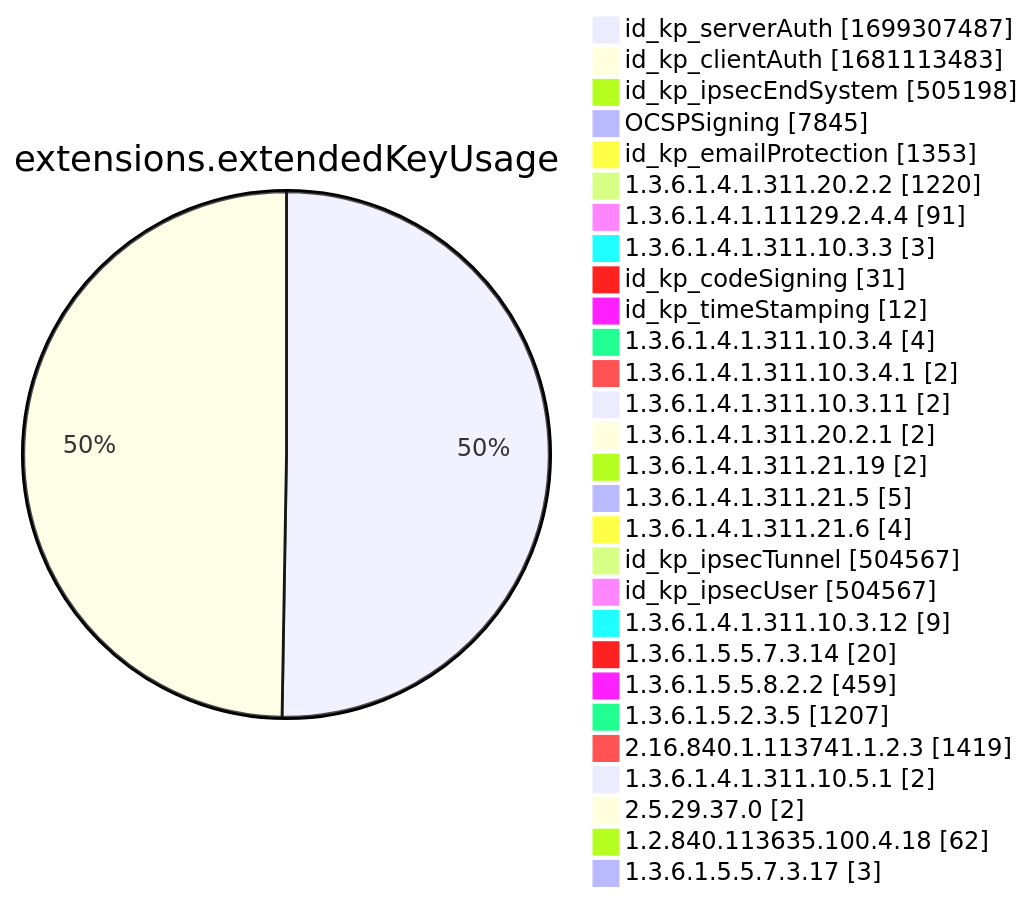
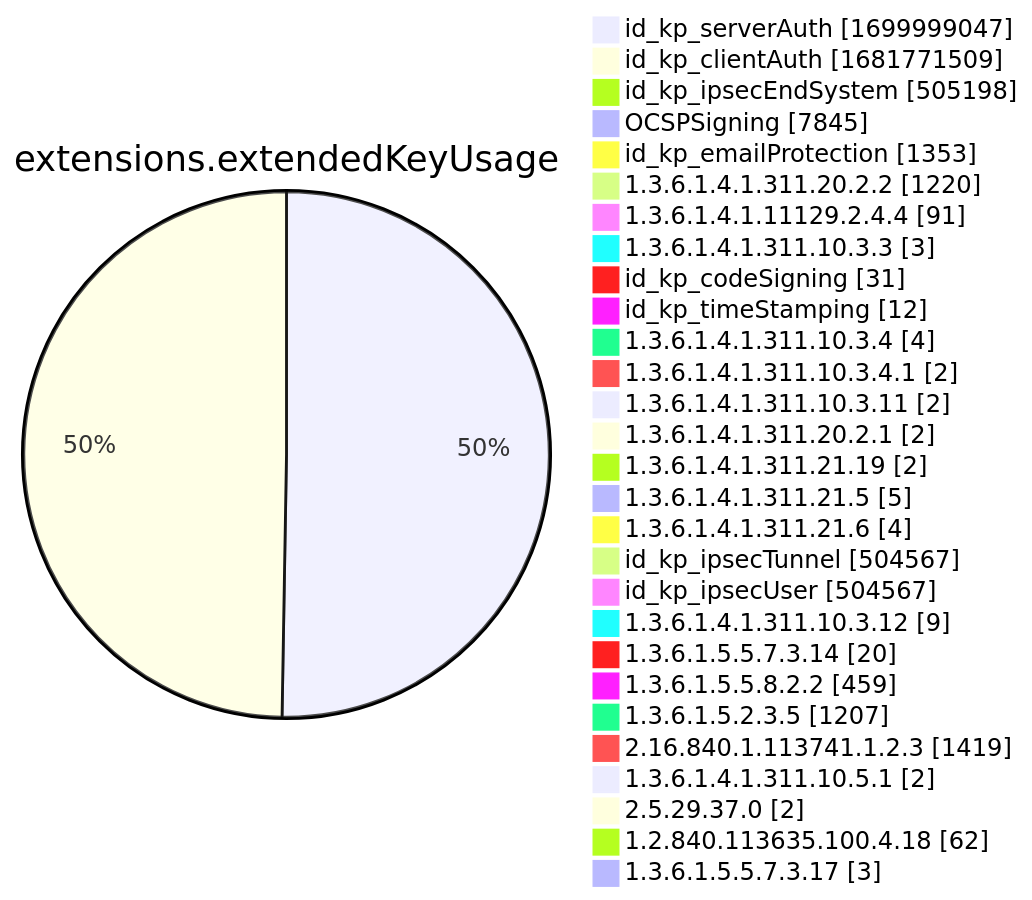
One commit to christiankrug/ctmonitor_visualization changed diagram 12 of 15 in xenon2022/README.md. Above: the diagram before and after it, drawn with Mermaid. The commit also changed other lines of this file, not shown here.

````diff
--- a/xenon2022/README.md
+++ b/xenon2022/README.md
@@ -3888,32 +3888,32 @@
 ```mermaid
 pie showData
 title extensions.extendedKeyUsage
-"id_kp_serverAuth" :1699307487
-"id_kp_clientAuth" :1681113483
+"id_kp_serverAuth" :1699999047
+"id_kp_clientAuth" :1681771509
 "id_kp_ipsecEndSystem" :505198
 "OCSPSigning" :7845
 "id_kp_emailProtection" :1353
 "1.3.6.1.4.1.311.20.2.2" :1220
 "1.3.6.1.4.1.11129.2.4.4" :91
 "1.3.6.1.4.1.311.10.3.3" :3
 "id_kp_codeSigning" :31
 "id_kp_timeStamping" :12
 "1.3.6.1.4.1.311.10.3.4" :4
 "1.3.6.1.4.1.311.10.3.4.1" :2
 "1.3.6.1.4.1.311.10.3.11" :2
 "1.3.6.1.4.1.311.20.2.1" :2
 "1.3.6.1.4.1.311.21.19" :2
 "1.3.6.1.4.1.311.21.5" :5
 "1.3.6.1.4.1.311.21.6" :4
 "id_kp_ipsecTunnel" :504567
 "id_kp_ipsecUser" :504567
 "1.3.6.1.4.1.311.10.3.12" :9
 "1.3.6.1.5.5.7.3.14" :20
 "1.3.6.1.5.5.8.2.2" :459
 "1.3.6.1.5.2.3.5" :1207
 "2.16.840.1.113741.1.2.3" :1419
 "1.3.6.1.4.1.311.10.5.1" :2
 "2.5.29.37.0" :2
 "1.2.840.113635.100.4.18" :62
 "1.3.6.1.5.5.7.3.17" :3
 ```
````
